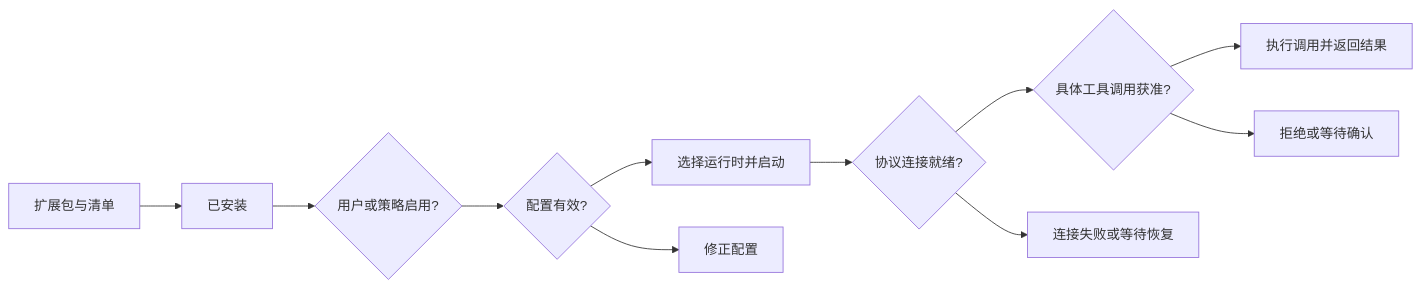
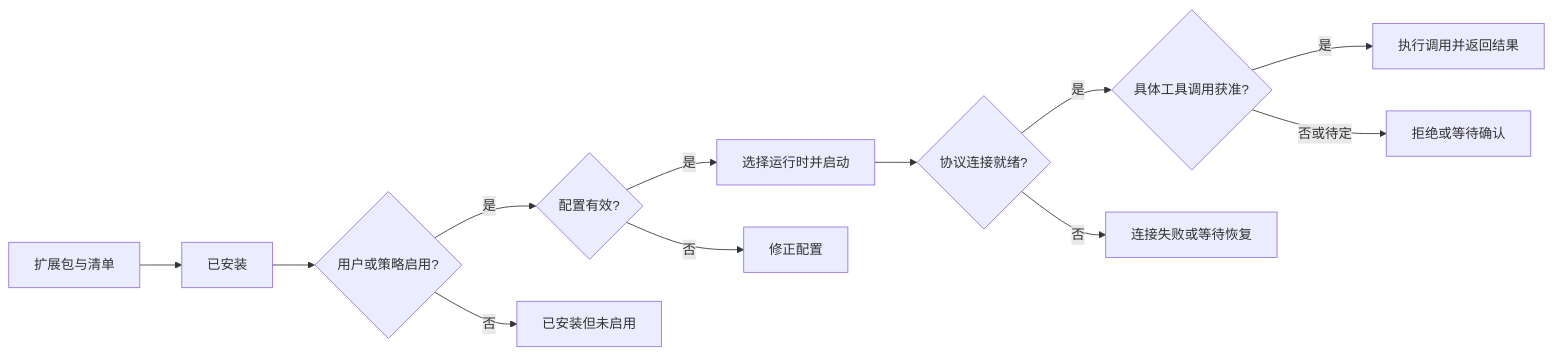
One commit to aiyinyuedejustin/agent-engineering-fundamentals changed the diagram in books/claude-app/02-Illustrated-Deep-Dive-Book/06-MCP-Host-Internals/README.md. Above: the diagram before and after it, drawn with Mermaid. The commit also changed 34 other files, not shown here.

````diff
--- a/books/claude-app/02-Illustrated-Deep-Dive-Book/06-MCP-Host-Internals/README.md
+++ b/books/claude-app/02-Illustrated-Deep-Dive-Book/06-MCP-Host-Internals/README.md
@@ -11,13 +11,14 @@
 ```mermaid
 flowchart LR
     Package[扩展包与清单] --> Installed[已安装]
     Installed --> Enable{用户或策略启用?}
-    Enable --> Config{配置有效?}
-    Config --> Runtime[选择运行时并启动]
+    Enable -->|是| Config{配置有效?}
+    Enable -->|否| Disabled[已安装但未启用]
+    Config -->|是| Runtime[选择运行时并启动]
     Runtime --> Connection{协议连接就绪?}
-    Connection --> Permission{具体工具调用获准?}
-    Permission --> Call[执行调用并返回结果]
-    Config --> Repair[修正配置]
-    Connection --> Failure[连接失败或等待恢复]
-    Permission --> Denied[拒绝或等待确认]
+    Connection -->|是| Permission{具体工具调用获准?}
+    Permission -->|是| Call[执行调用并返回结果]
+    Config -->|否| Repair[修正配置]
+    Connection -->|否| Failure[连接失败或等待恢复]
+    Permission -->|否或待定| Denied[拒绝或等待确认]
 ```
````
